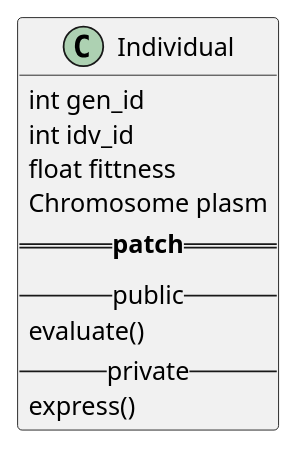
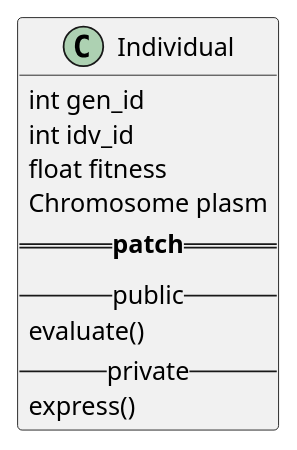
Before and after one commit to neal-nie/openGA: the second of 4 diagrams in doc/architecture.md, drawn with PlantUML. The commit also changed other lines of this file and 8 other files, not shown here.

````diff
--- a/doc/architecture.md
+++ b/doc/architecture.md
@@ -22,15 +22,15 @@
     ```puml
     @startuml
     Class Individual {
         int gen_id
         int idv_id
-        float fittness
+        float fitness
         Chromosome plasm
         ==**patch**==
         --public--
         evaluate()
         --private--
         express()
     }
     @enduml
     ```
````
